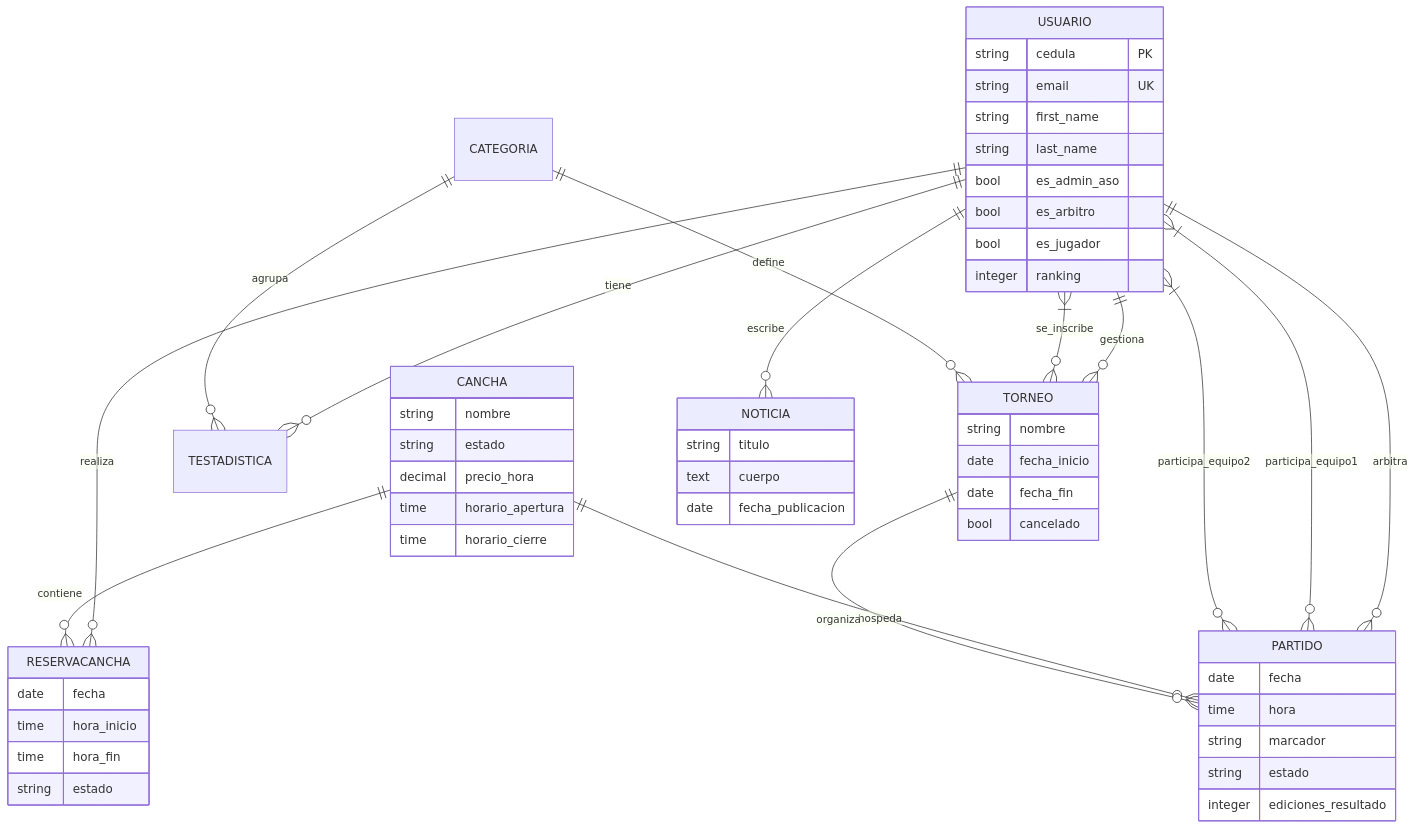
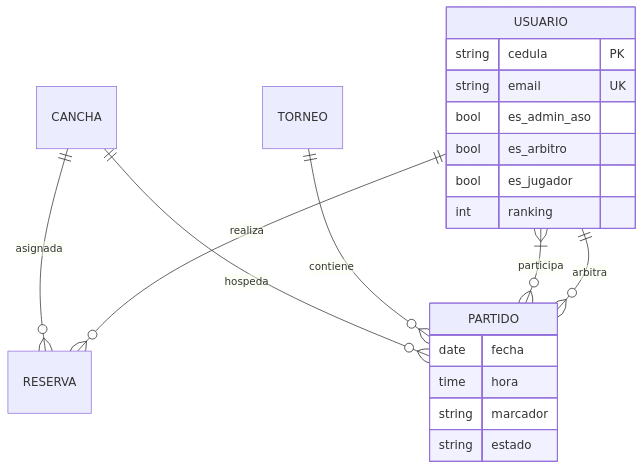
The second of 2 diagrams in DOCUMENTACION_TECNICA.md (ErPyrex/asopadel-old), drawn with Mermaid before and after one commit. The commit also changed other lines of this file, not shown here.

Commit message:
docs: comprehensive update of technical documentation with diagrams and current features

````diff
--- a/DOCUMENTACION_TECNICA.md
+++ b/DOCUMENTACION_TECNICA.md
@@ -60,66 +57,25 @@
 ```mermaid
 erDiagram
-    USUARIO ||--o{ RESERVACANCHA : realiza
+    USUARIO ||--o{ RESERVA : realiza
     USUARIO ||--o{ PARTIDO : arbitra
-    USUARIO ||--o{ TORNEO : gestiona
-    USUARIO ||--o{ TESTADISTICA : tiene
-    USUARIO }|--o{ PARTIDO : participa_equipo1
-    USUARIO }|--o{ PARTIDO : participa_equipo2
-    USUARIO }|--o{ TORNEO : se_inscribe
-
-    CANCHA ||--o{ RESERVACANCHA : contiene
+    USUARIO }|--o{ PARTIDO : participa
+    TORNEO ||--o{ PARTIDO : contiene
     CANCHA ||--o{ PARTIDO : hospeda
-
-    TORNEO ||--o{ PARTIDO : organiza
-    CATEGORIA ||--o{ TORNEO : define
-    CATEGORIA ||--o{ TESTADISTICA : agrupa
-
-    USUARIO ||--o{ NOTICIA : escribe
+    CANCHA ||--o{ RESERVA : asignada
 
     USUARIO {
         string cedula PK
         string email UK
-        string first_name
-        string last_name
         bool es_admin_aso
         bool es_arbitro
         bool es_jugador
-        integer ranking
-    }
-
-    CANCHA {
-        string nombre
-        string estado
-        decimal precio_hora
-        time horario_apertura
-        time horario_cierre
-    }
-
-    RESERVACANCHA {
-        date fecha
-        time hora_inicio
-        time hora_fin
-        string estado
-    }
-
-    TORNEO {
-        string nombre
-        date fecha_inicio
-        date fecha_fin
-        bool cancelado
+        int ranking
     }
 
     PARTIDO {
         date fecha
         time hora
         string marcador
         string estado
-        integer ediciones_resultado
-    }
-
-    NOTICIA {
-        string titulo
-        text cuerpo
-        date fecha_publicacion
     }
 ```
````
